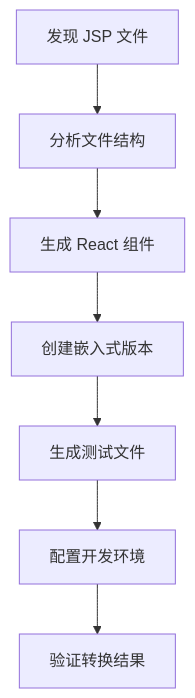
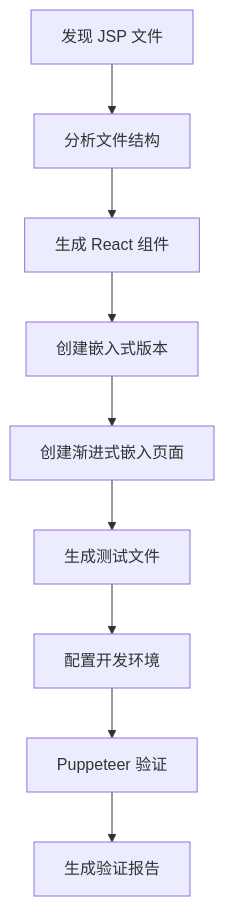
The diagram in README-AGENT.md (aise-workshop/jsp2react-agent), drawn with Mermaid before and after one commit. The commit also changed other lines of this file and 7 other files, not shown here.

````diff
--- a/README-AGENT.md
+++ b/README-AGENT.md
@@ -117,9 +136,11 @@
 ```mermaid
 graph TD
     A[发现 JSP 文件] --> B[分析文件结构]
     B --> C[生成 React 组件]
     C --> D[创建嵌入式版本]
-    D --> E[生成测试文件]
-    E --> F[配置开发环境]
-    F --> G[验证转换结果]
+    D --> E[创建渐进式嵌入页面]
+    E --> F[生成测试文件]
+    F --> G[配置开发环境]
+    G --> H[Puppeteer 验证]
+    H --> I[生成验证报告]
 ```
````
